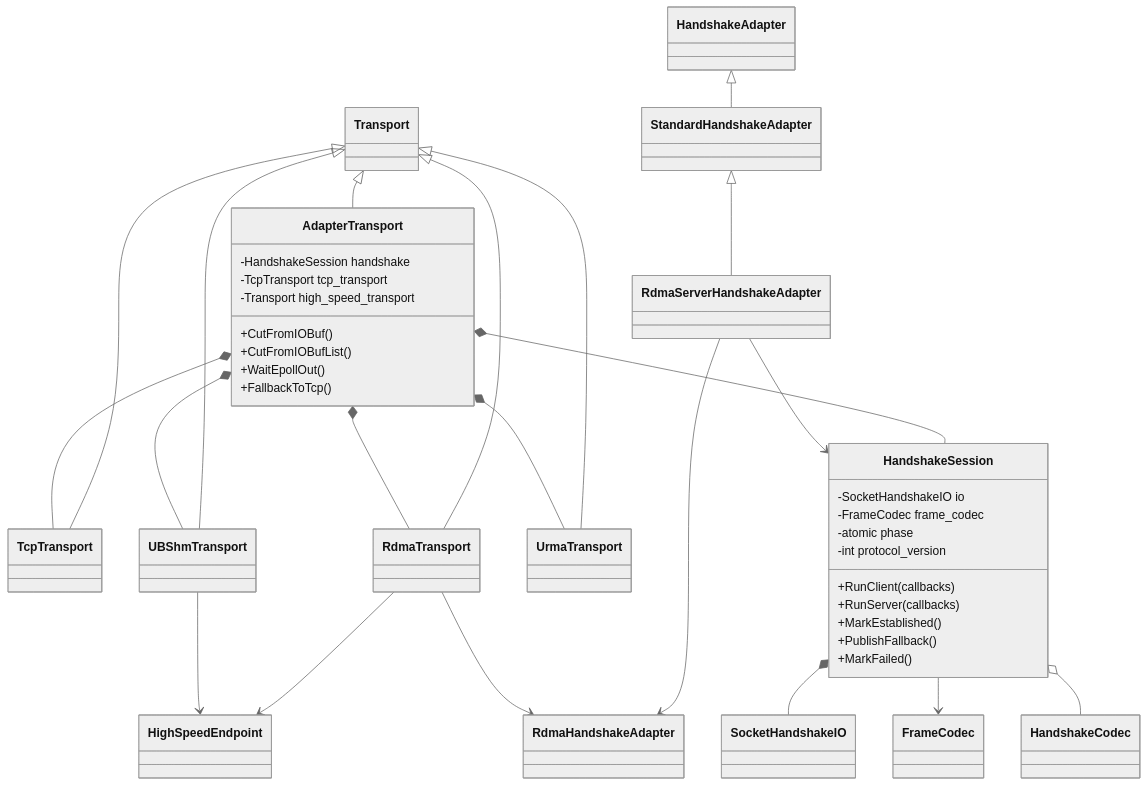
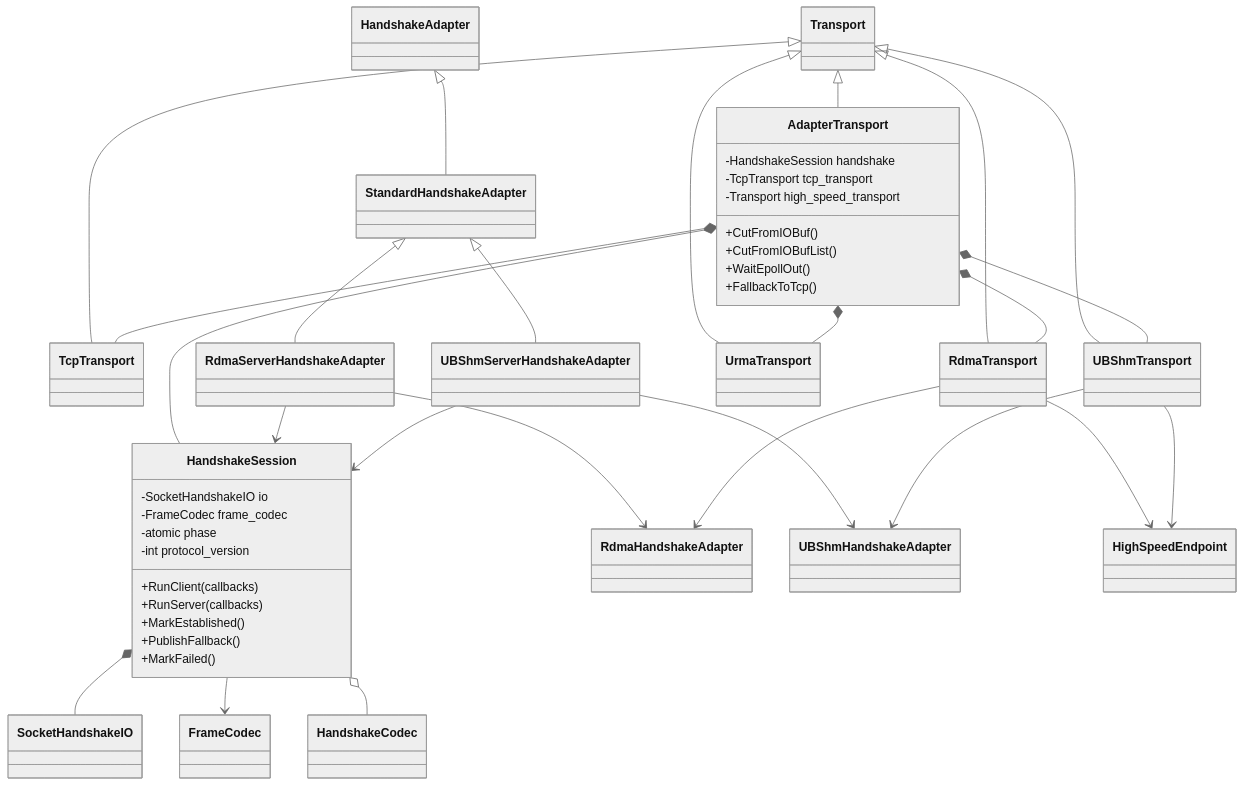
Before and after one commit to LinQuickDev/brpc: the fifth of 5 diagrams in docs/cn/handshake_common_design.md, drawn with Mermaid (neutral theme). The commit also changed other lines of this file and 19 other files, not shown here.

Commit message:
Move UBSHM handshake into common adapter

````diff
--- a/docs/cn/handshake_common_design.md
+++ b/docs/cn/handshake_common_design.md
@@ -732,56 +734,62 @@
 ```mermaid
 classDiagram
     class Transport
     class TcpTransport
     class AdapterTransport {
         -HandshakeSession handshake
         -TcpTransport tcp_transport
         -Transport high_speed_transport
         +CutFromIOBuf()
         +CutFromIOBufList()
         +WaitEpollOut()
         +FallbackToTcp()
     }
     class HandshakeSession {
         -SocketHandshakeIO io
         -FrameCodec frame_codec
         -atomic phase
         -int protocol_version
         +RunClient(callbacks)
         +RunServer(callbacks)
         +MarkEstablished()
         +PublishFallback()
         +MarkFailed()
     }
     class RdmaTransport
     class HandshakeAdapter
     class StandardHandshakeAdapter
     class RdmaServerHandshakeAdapter
     class RdmaHandshakeAdapter
+    class UBShmServerHandshakeAdapter
+    class UBShmHandshakeAdapter
     class HandshakeCodec
     class FrameCodec
     class UrmaTransport
     class UBShmTransport
     class HighSpeedEndpoint
 
     Transport <|-- TcpTransport
     Transport <|-- AdapterTransport
     Transport <|-- RdmaTransport
     Transport <|-- UrmaTransport
     Transport <|-- UBShmTransport
     AdapterTransport *-- TcpTransport
     AdapterTransport *-- RdmaTransport
     AdapterTransport *-- UrmaTransport
     AdapterTransport *-- UBShmTransport
     AdapterTransport *-- HandshakeSession
     HandshakeSession *-- SocketHandshakeIO
     HandshakeSession --> FrameCodec
     HandshakeSession o-- HandshakeCodec
     HandshakeAdapter <|-- StandardHandshakeAdapter
     StandardHandshakeAdapter <|-- RdmaServerHandshakeAdapter
+    StandardHandshakeAdapter <|-- UBShmServerHandshakeAdapter
     RdmaServerHandshakeAdapter --> HandshakeSession
     RdmaServerHandshakeAdapter --> RdmaHandshakeAdapter
+    UBShmServerHandshakeAdapter --> HandshakeSession
+    UBShmServerHandshakeAdapter --> UBShmHandshakeAdapter
     RdmaTransport --> RdmaHandshakeAdapter
+    UBShmTransport --> UBShmHandshakeAdapter
     RdmaTransport --> HighSpeedEndpoint
     UBShmTransport --> HighSpeedEndpoint
 ```
````
